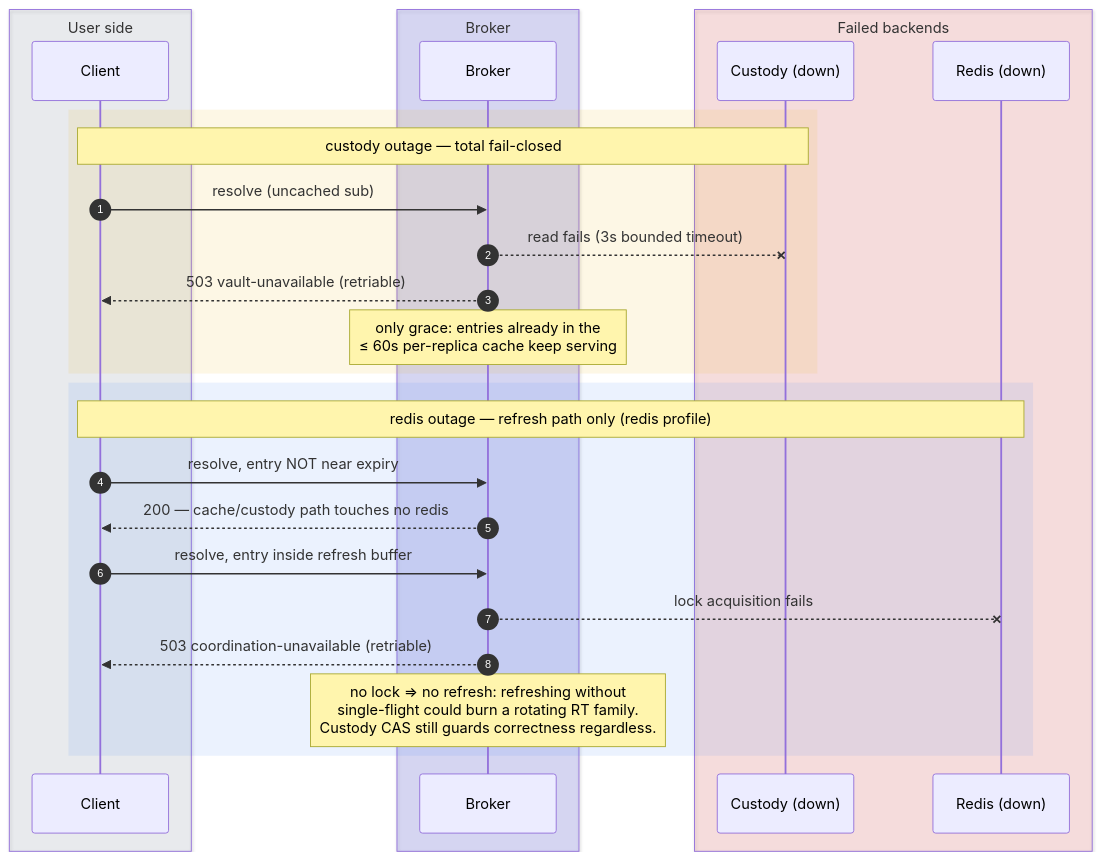
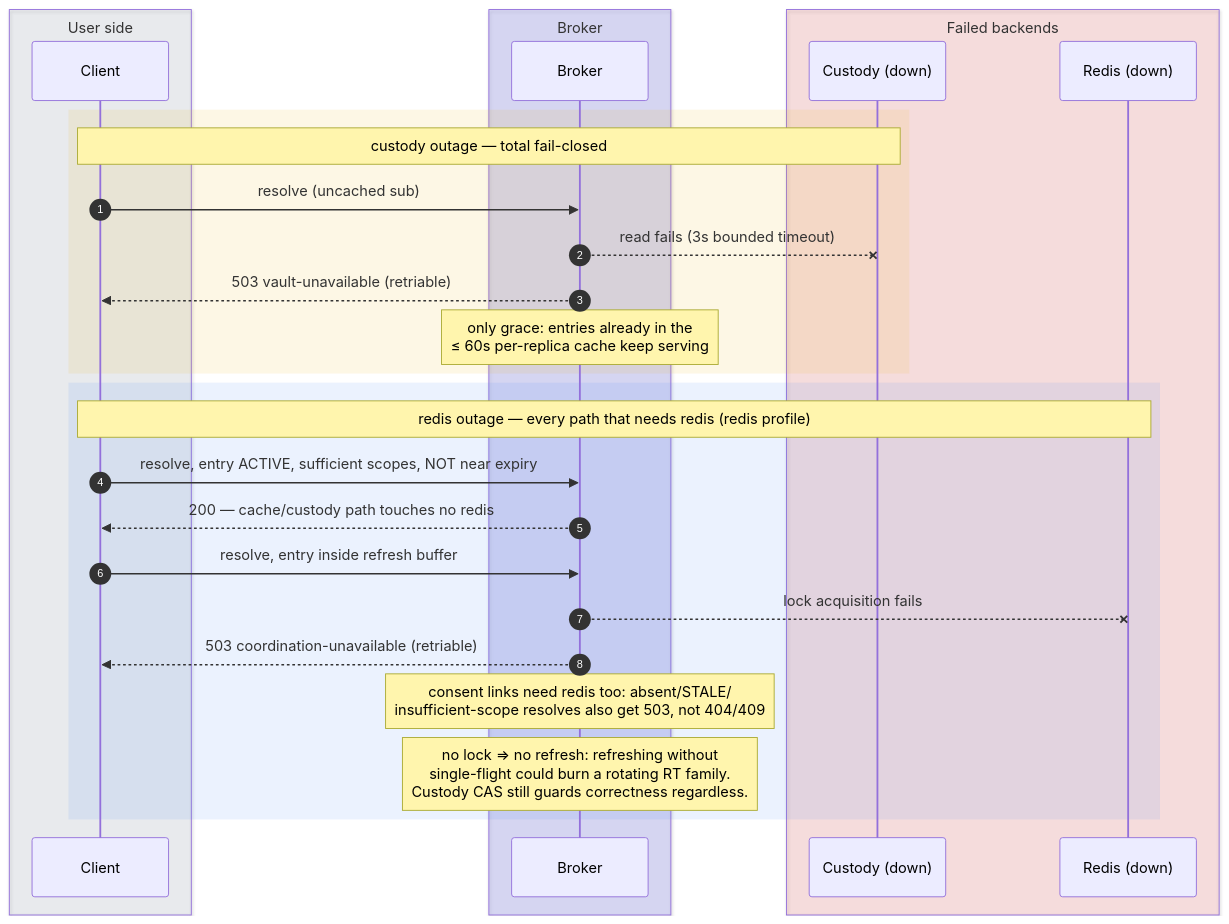
One commit to chief-builder/vendor-token-broker changed the tenth of 10 diagrams in docs/token-lifecycle.md. Above: the diagram before and after it, drawn with Mermaid. The commit also changed other lines of this file and 20 other files, not shown here.

````diff
--- a/docs/token-lifecycle.md
+++ b/docs/token-lifecycle.md
@@ -438,32 +441,33 @@
 ```mermaid
 sequenceDiagram
     autonumber
     box rgba(148,163,184,0.14) User side
         participant C as Client
     end
     box rgba(99,102,241,0.20) Broker
         participant B as Broker
     end
     box rgba(239,68,68,0.14) Failed backends
         participant K as Custody (down)
         participant R as Redis (down)
     end
 
     rect rgba(234,179,8,0.10)
         Note over C,K: custody outage — total fail-closed
         C->>B: resolve (uncached sub)
         B--xK: read fails (3s bounded timeout)
         B-->>C: 503 vault-unavailable (retriable)
         Note over B: only grace: entries already in the<br/>≤ 60s per-replica cache keep serving
     end
 
     rect rgba(59,130,246,0.10)
-        Note over C,R: redis outage — refresh path only (redis profile)
-        C->>B: resolve, entry NOT near expiry
+        Note over C,R: redis outage — every path that needs redis (redis profile)
+        C->>B: resolve, entry ACTIVE, sufficient scopes, NOT near expiry
         B-->>C: 200 — cache/custody path touches no redis
         C->>B: resolve, entry inside refresh buffer
         B--xR: lock acquisition fails
         B-->>C: 503 coordination-unavailable (retriable)
+        Note over B: consent links need redis too: absent/STALE/<br/>insufficient-scope resolves also get 503, not 404/409
         Note over B: no lock ⇒ no refresh: refreshing without<br/>single-flight could burn a rotating RT family.<br/>Custody CAS still guards correctness regardless.
     end
 ```
````
